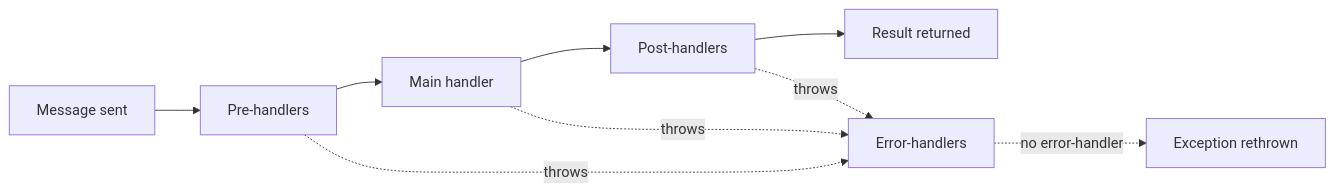
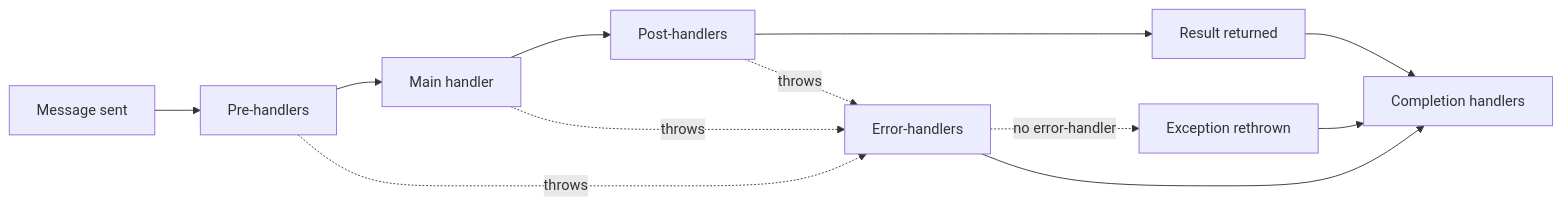
Before and after one commit to litenova/LiteBus: the diagram in site/content/docs/concepts/handler-pipeline.md, drawn with Mermaid. The commit also changed other lines of this file and 22 other files, not shown here.

````diff
--- a/site/content/docs/concepts/handler-pipeline.md
+++ b/site/content/docs/concepts/handler-pipeline.md
@@ -16,11 +17,14 @@
 ```mermaid
 flowchart LR
     A[Message sent] --> B[Pre-handlers]
     B --> C[Main handler]
     C --> D[Post-handlers]
     D --> E[Result returned]
     B -. throws .-> F[Error-handlers]
     C -. throws .-> F
     D -. throws .-> F
     F -. no error-handler .-> G[Exception rethrown]
+    E --> H[Completion handlers]
+    F --> H
+    G --> H
 ```
````
